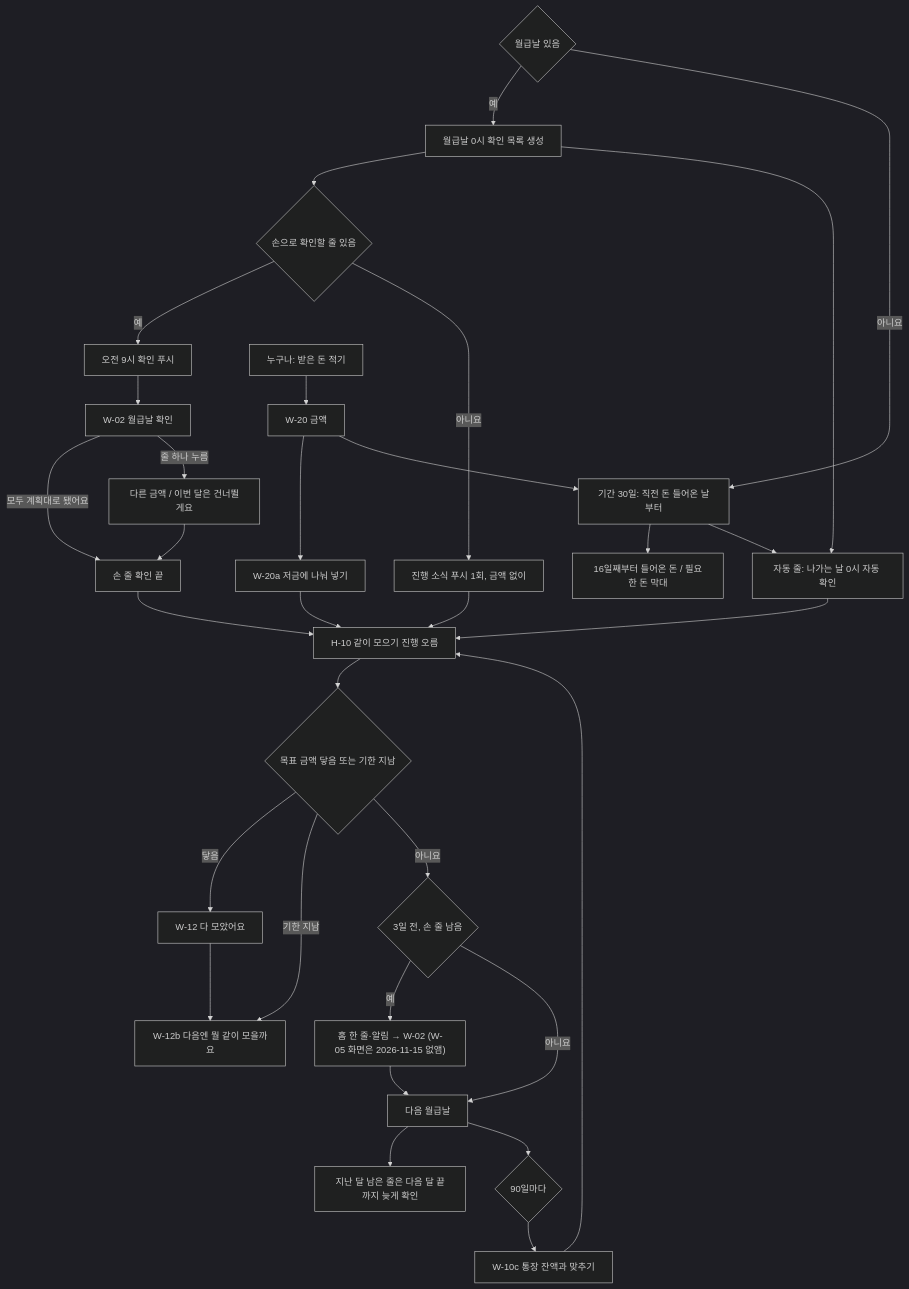
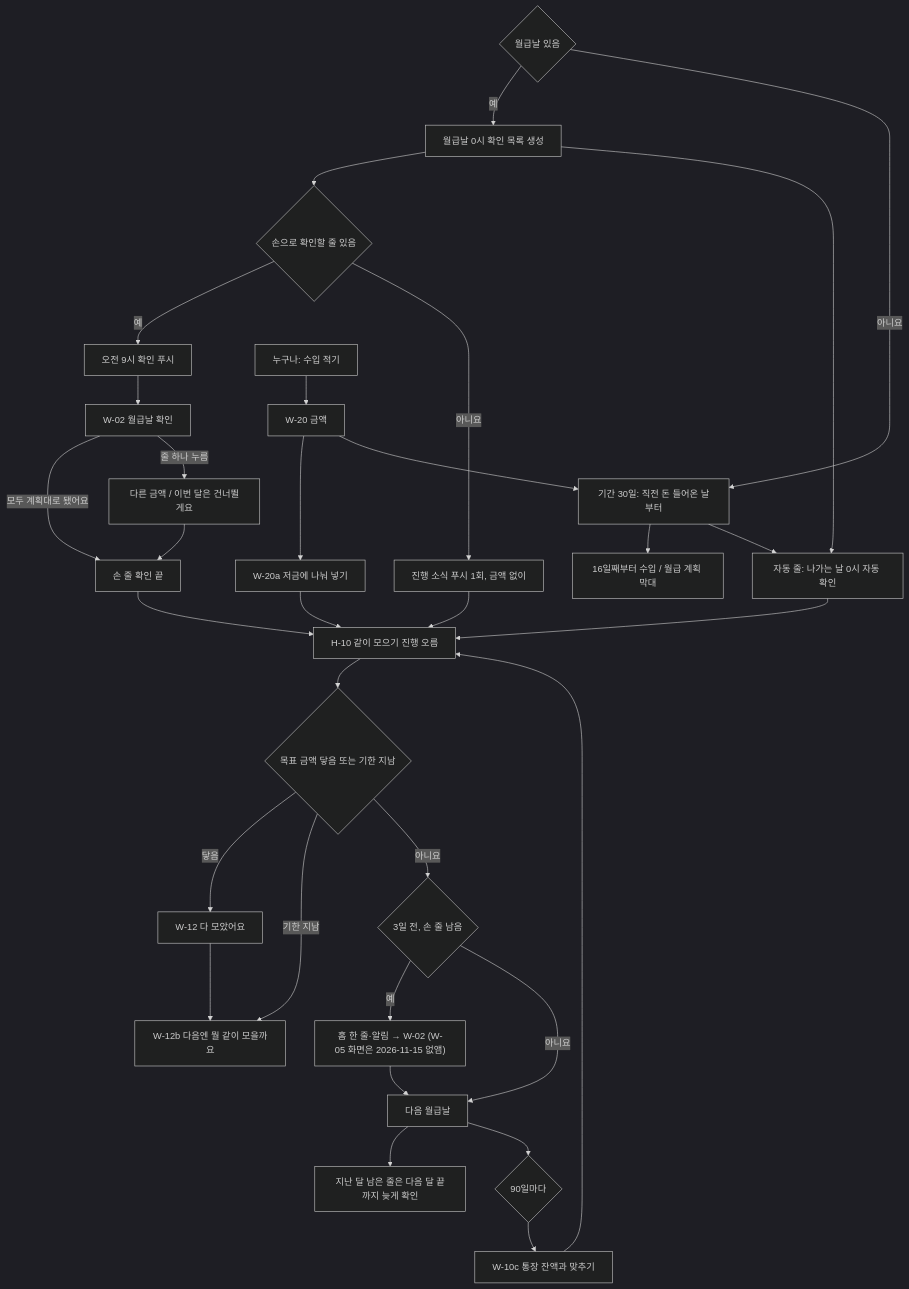
The third of 4 diagrams in docs/spec/03-user-flow.md (ooeabin/sweetwo), drawn with Mermaid (dark theme) before and after one commit. The commit also changed other lines of this file and 112 other files, not shown here.

````diff
--- a/docs/spec/03-user-flow.md
+++ b/docs/spec/03-user-flow.md
@@ -105,35 +105,35 @@
 ```mermaid
 flowchart TD
   START{"월급날 있음"}
   START -->|"예"| PAY["월급날 0시 확인 목록 생성"]
   START -->|"아니요"| PERIOD["기간 30일: 직전 돈 들어온 날부터"]
-  PERIOD --> BAR["16일째부터 들어온 돈 / 필요한 돈 막대"]
+  PERIOD --> BAR["16일째부터 수입 / 월급 계획 막대"]
   PAY --> ANY{"손으로 확인할 줄 있음"}
   ANY -->|"예"| PUSH["오전 9시 확인 푸시"]
   ANY -->|"아니요"| NEWS["진행 소식 푸시 1회, 금액 없이"]
   PUSH --> W02["W-02 월급날 확인"]
   W02 -->|"모두 계획대로 됐어요"| DONE["손 줄 확인 끝"]
   W02 -->|"줄 하나 누름"| EXC["다른 금액 / 이번 달은 건너뛸게요"]
   EXC --> DONE
   PAY --> AUTOD["자동 줄: 나가는 날 0시 자동 확인"]
   PERIOD --> AUTOD
   AUTOD --> PROG["H-10 같이 모으기 진행 오름"]
   NEWS --> PROG
   DONE --> PROG
-  IN["누구나: 받은 돈 적기"] --> W20["W-20 금액"]
+  IN["누구나: 수입 적기"] --> W20["W-20 금액"]
   W20 --> W20A["W-20a 저금에 나눠 넣기"]
   W20A --> PROG
   W20 --> PERIOD
   PROG --> ACH{"목표 금액 닿음 또는 기한 지남"}
   ACH -->|"닿음"| W12["W-12 다 모았어요"]
   W12 --> W12B["W-12b 다음엔 뭘 같이 모을까요"]
   ACH -->|"기한 지남"| W12B
   ACH -->|"아니요"| PRE{"3일 전, 손 줄 남음"}
   PRE -->|"예"| W02P["홈 한 줄·알림 → W-02 (W-05 화면은 2026-11-15 없앰)"]
   PRE -->|"아니요"| NEXT["다음 월급날"]
   W02P --> NEXT
   NEXT --> LATE["지난 달 남은 줄은 다음 달 끝까지 늦게 확인"]
   NEXT --> Q90{"90일마다"}
   Q90 --> W10C["W-10c 통장 잔액과 맞추기"]
   W10C --> PROG
 ```
````
